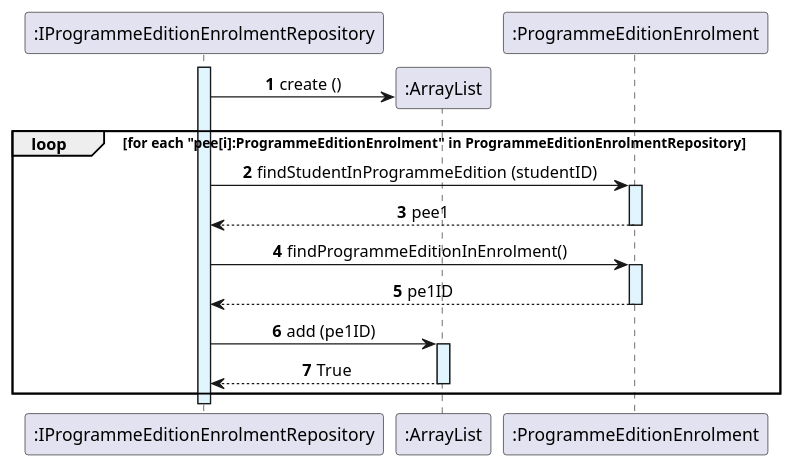
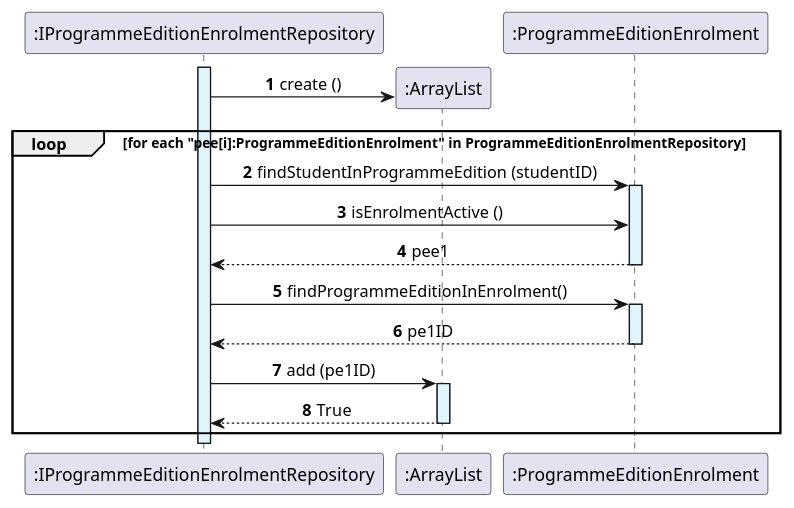
The diagram in docs/US16/references/findProgrammeEditionsThatStudentIsEnrolled_Method.puml (GasparISEP/DevOps-PAI), drawn with PlantUML before and after one commit. The commit also changed 1 other file, not shown here.

Commit message:
doc (sequence diagram): update the findProgrammeEditionsThatStudentIsEnrolled method in ProgrammeEditionEnrolmentRepository to include enrolment status (#359, #313)

```diff
--- a/docs/US16/references/findProgrammeEditionsThatStudentIsEnrolled_Method.puml
+++ b/docs/US16/references/findProgrammeEditionsThatStudentIsEnrolled_Method.puml
@@ -1,30 +1,32 @@
 @startuml
 skinparam {
   ActivityPadding 2
   ActivityMargin 2
   BoxPadding 2
 }
 skinparam defaultTextAlignment center
 
 autonumber
 
 participant ":IProgrammeEditionEnrolmentRepository" as ProgrammeEditionEnrolmentRepository
 activate ProgrammeEditionEnrolmentRepository #E1F5FE
 create ":ArrayList"
 ProgrammeEditionEnrolmentRepository -> ":ArrayList": create ()
+
 loop for each "pee[i]:ProgrammeEditionEnrolment" in ProgrammeEditionEnrolmentRepository
 participant ":ProgrammeEditionEnrolment" as ProgrammeEditionEnrolment
 ProgrammeEditionEnrolmentRepository -> ProgrammeEditionEnrolment : findStudentInProgrammeEdition (studentID)
 activate ProgrammeEditionEnrolment #E1F5FE
+ProgrammeEditionEnrolmentRepository -> ProgrammeEditionEnrolment : isEnrolmentActive ()
 ProgrammeEditionEnrolment --> ProgrammeEditionEnrolmentRepository : pee1
 deactivate ProgrammeEditionEnrolment
 ProgrammeEditionEnrolmentRepository -> ProgrammeEditionEnrolment :  findProgrammeEditionInEnrolment()
 activate ProgrammeEditionEnrolment #E1F5FE
 ProgrammeEditionEnrolment --> ProgrammeEditionEnrolmentRepository : pe1ID
 deactivate ProgrammeEditionEnrolment
 ProgrammeEditionEnrolmentRepository -> ":ArrayList":  add (pe1ID)
 activate ":ArrayList" #E1F5FE
 ":ArrayList" --> ProgrammeEditionEnrolmentRepository: True
 deactivate ":ArrayList"
 end
 @enduml
```
